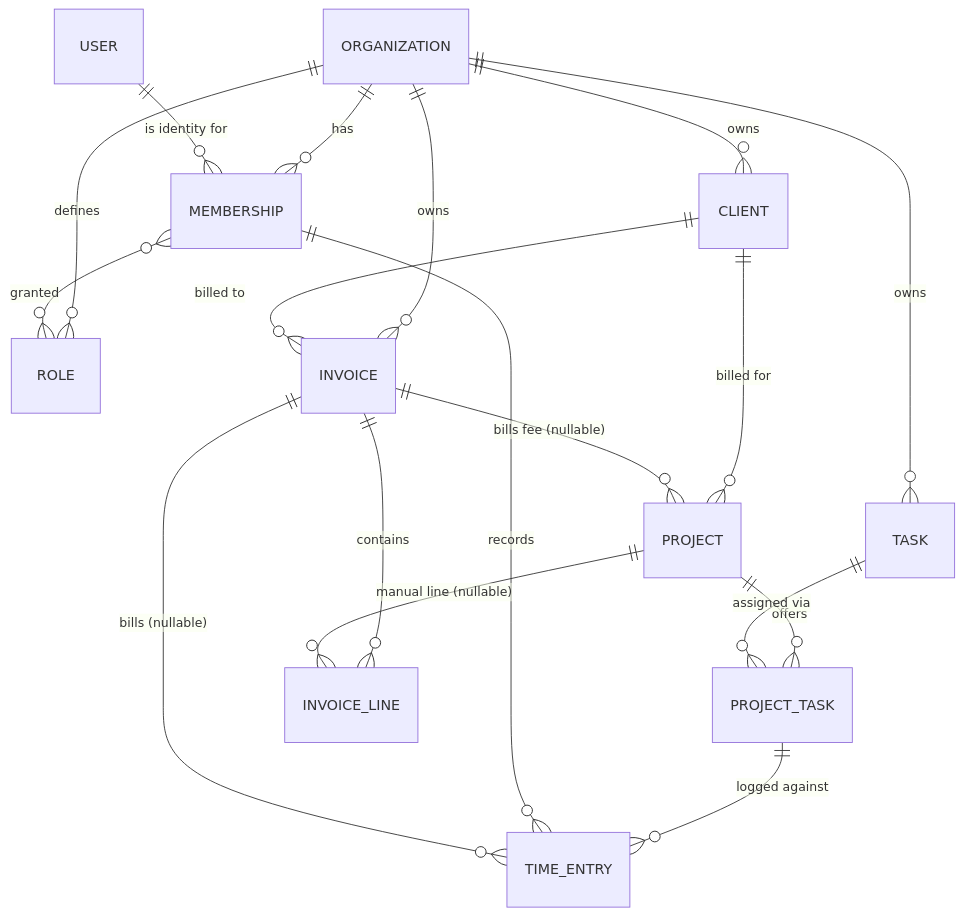
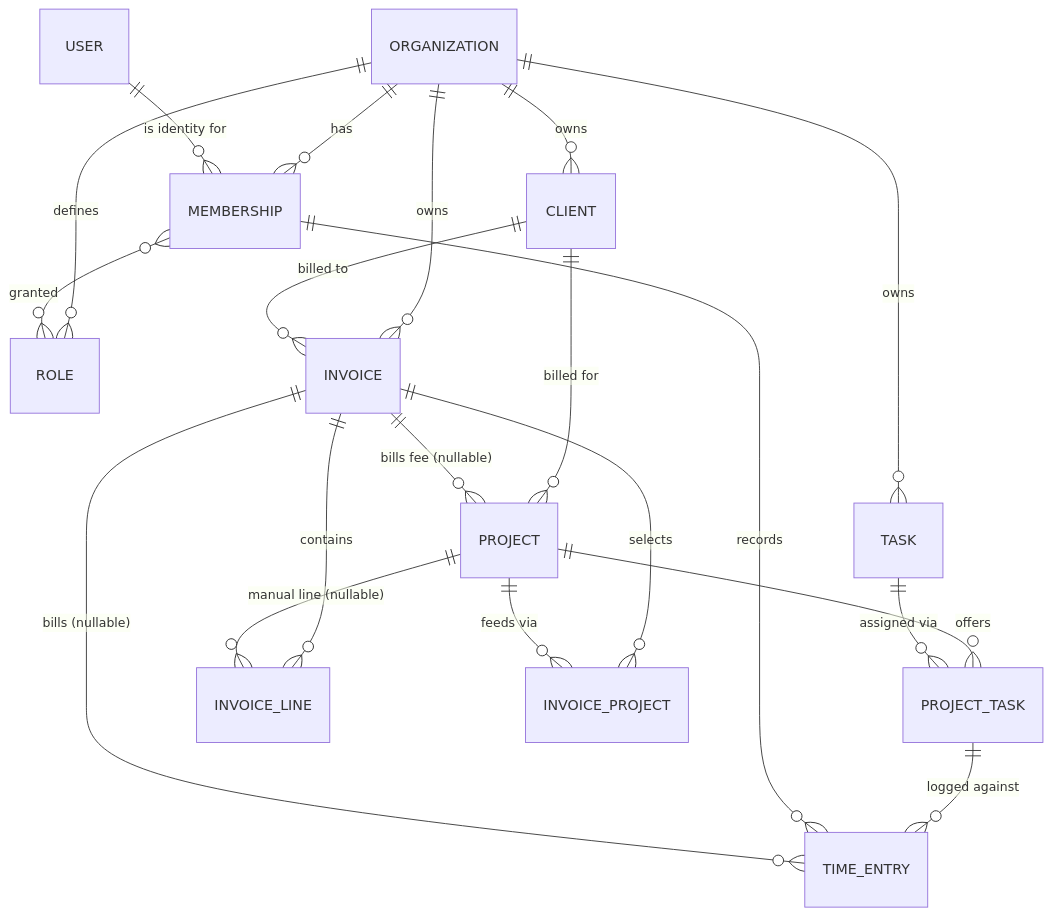
Before and after one commit to CaseyZS/Conflux-POC: the diagram in docs/requirements/data-model.md, drawn with Mermaid. The commit also changed other lines of this file, not shown here.

Commit message:
Data model: add the Invoice-Project selection entity
The draft''s stored choice of which projects feed an invoice
(time and/or fixed fee), surfaced while drafting the plan schema;
entity bullet + ER edges so the data model stays the single source.

````diff
--- a/docs/requirements/data-model.md
+++ b/docs/requirements/data-model.md
@@ -53,20 +54,22 @@
 ```mermaid
 erDiagram
     ORGANIZATION ||--o{ MEMBERSHIP : has
     ORGANIZATION ||--o{ CLIENT : owns
     ORGANIZATION ||--o{ TASK : owns
     ORGANIZATION ||--o{ ROLE : defines
     USER ||--o{ MEMBERSHIP : "is identity for"
     MEMBERSHIP }o--o{ ROLE : granted
     CLIENT ||--o{ PROJECT : "billed for"
     PROJECT ||--o{ PROJECT_TASK : offers
     TASK ||--o{ PROJECT_TASK : "assigned via"
     PROJECT_TASK ||--o{ TIME_ENTRY : "logged against"
     MEMBERSHIP ||--o{ TIME_ENTRY : records
     ORGANIZATION ||--o{ INVOICE : owns
     CLIENT ||--o{ INVOICE : "billed to"
     INVOICE ||--o{ INVOICE_LINE : contains
     INVOICE ||--o{ TIME_ENTRY : "bills (nullable)"
     INVOICE ||--o{ PROJECT : "bills fee (nullable)"
     PROJECT ||--o{ INVOICE_LINE : "manual line (nullable)"
+    INVOICE ||--o{ INVOICE_PROJECT : selects
+    PROJECT ||--o{ INVOICE_PROJECT : "feeds via"
 ```
````
